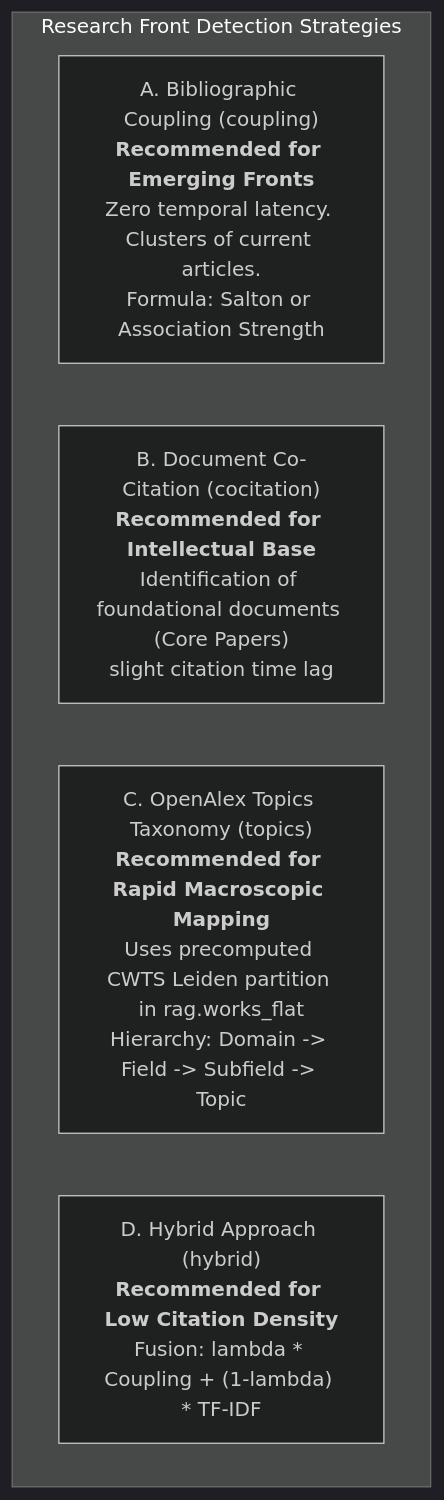
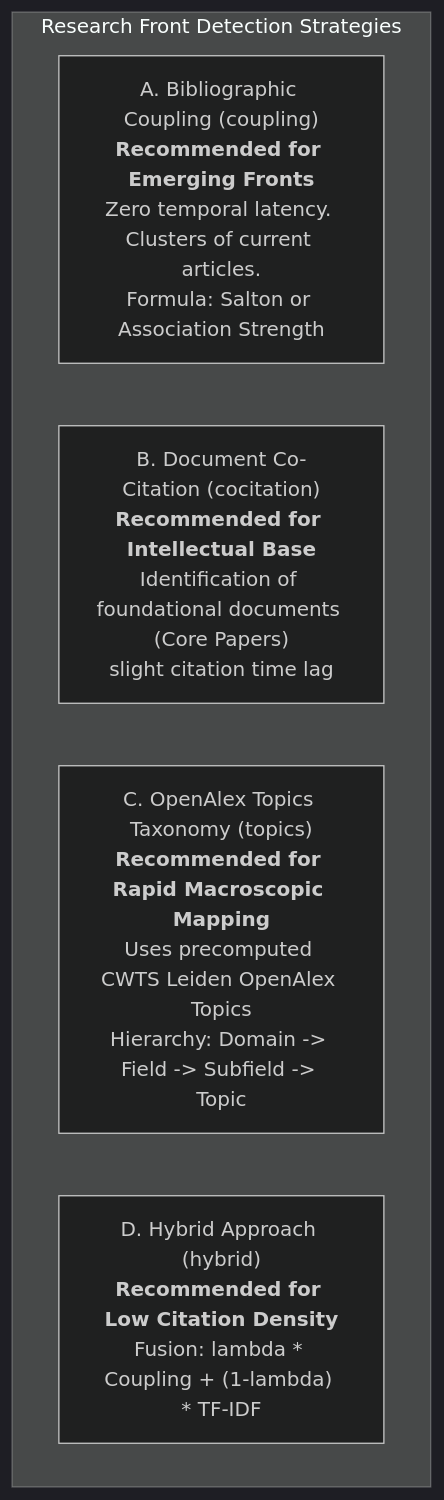
The second of 3 diagrams in .agents/skills/topics-research-fronts-intelligence/SKILL.md (chilti/sos-mcp-services), drawn with Mermaid (dark theme) before and after one commit. The commit also changed other lines of this file and 16 other files, not shown here.

Commit message:
feat(skills,templates): decouple OpenAlex-first skills with opt-in ClickHouse accelerator, Big SOM, reference verification, and docx/pdf export

````diff
--- a/.agents/skills/topics-research-fronts-intelligence/SKILL.md
+++ b/.agents/skills/topics-research-fronts-intelligence/SKILL.md
@@ -62,9 +62,9 @@
 ```mermaid
 graph TD
     subgraph Methods["Research Front Detection Strategies"]
         M1["A. Bibliographic Coupling (coupling)<br><b>Recommended for Emerging Fronts</b><br>Zero temporal latency. Clusters of current articles.<br>Formula: Salton or Association Strength"]
         M2["B. Document Co-Citation (cocitation)<br><b>Recommended for Intellectual Base</b><br>Identification of foundational documents (Core Papers)<br>slight citation time lag"]
-        M3["C. OpenAlex Topics Taxonomy (topics)<br><b>Recommended for Rapid Macroscopic Mapping</b><br>Uses precomputed CWTS Leiden partition in rag.works_flat<br>Hierarchy: Domain -> Field -> Subfield -> Topic"]
+        M3["C. OpenAlex Topics Taxonomy (topics)<br><b>Recommended for Rapid Macroscopic Mapping</b><br>Uses precomputed CWTS Leiden OpenAlex Topics<br>Hierarchy: Domain -> Field -> Subfield -> Topic"]
         M4["D. Hybrid Approach (hybrid)<br><b>Recommended for Low Citation Density</b><br>Fusion: lambda * Coupling + (1-lambda) * TF-IDF"]
     end
 ```
````
